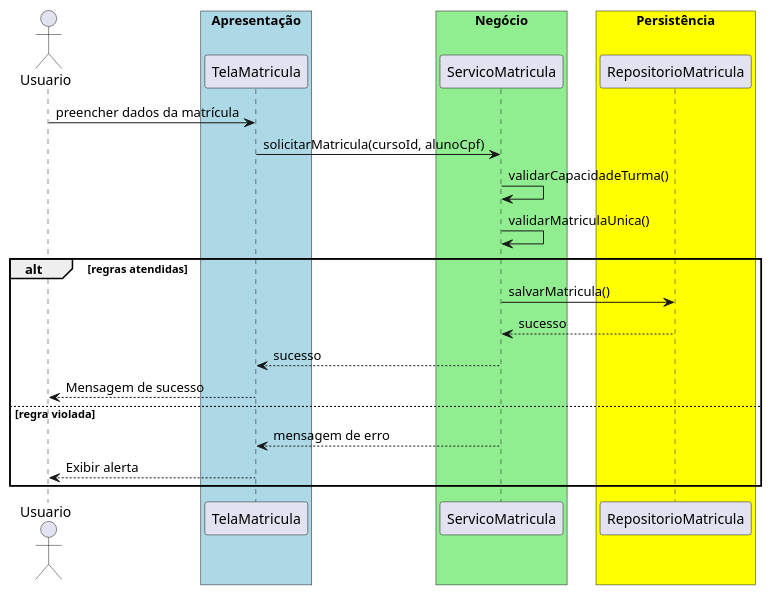
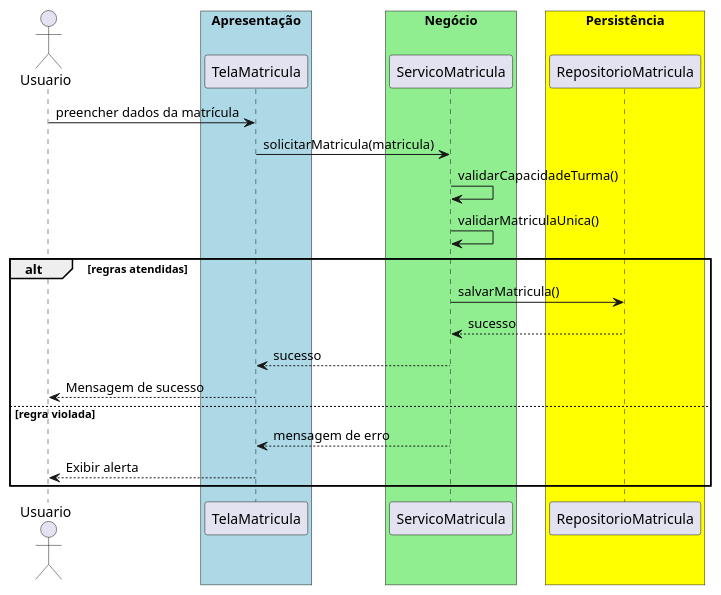
One commit to 20261-ifba-saj-ads-poo/blog changed the diagram in src/trabalhos/Trabalho08.md. Above: the diagram before and after it, drawn with PlantUML. The commit also changed other lines of this file and 35 other files, not shown here.

````diff
--- a/src/trabalhos/Trabalho08.md
+++ b/src/trabalhos/Trabalho08.md
@@ -28,27 +28,27 @@
 ```plantuml{kroki=true}
 @startuml
 actor Usuario
 box "Apresentação" #lightblue
     participant TelaMatricula
 end box
 box "Negócio" #lightgreen
     participant ServicoMatricula
 end box
 box "Persistência" #yellow
     participant RepositorioMatricula
 end box
 Usuario -> TelaMatricula : preencher dados da matrícula
-TelaMatricula -> ServicoMatricula : solicitarMatricula(cursoId, alunoCpf)
+TelaMatricula -> ServicoMatricula : solicitarMatricula(matricula)
 ServicoMatricula -> ServicoMatricula : validarCapacidadeTurma()
 ServicoMatricula -> ServicoMatricula : validarMatriculaUnica()
 alt regras atendidas
     ServicoMatricula -> RepositorioMatricula : salvarMatricula()
     RepositorioMatricula --> ServicoMatricula : sucesso
     ServicoMatricula --> TelaMatricula : sucesso
     TelaMatricula --> Usuario : Mensagem de sucesso
 else regra violada
     ServicoMatricula --> TelaMatricula : mensagem de erro
     TelaMatricula --> Usuario : Exibir alerta
 end
 @enduml
 ```
````
